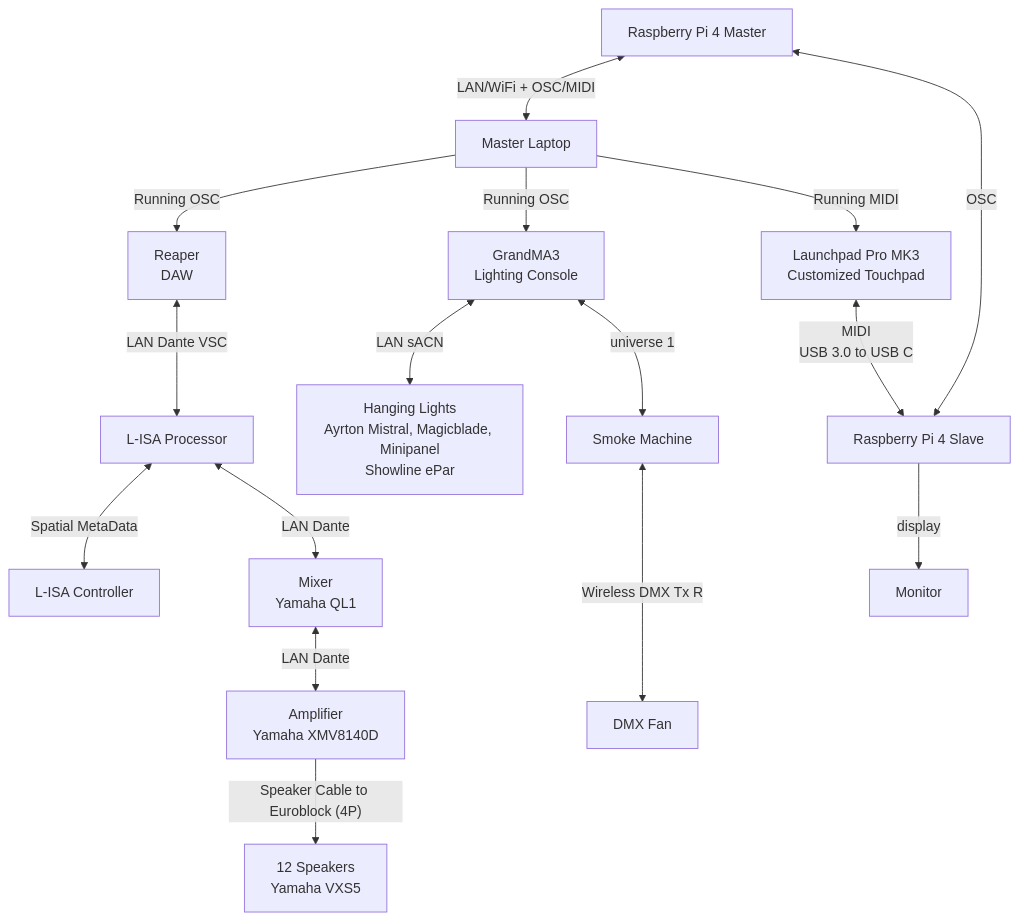
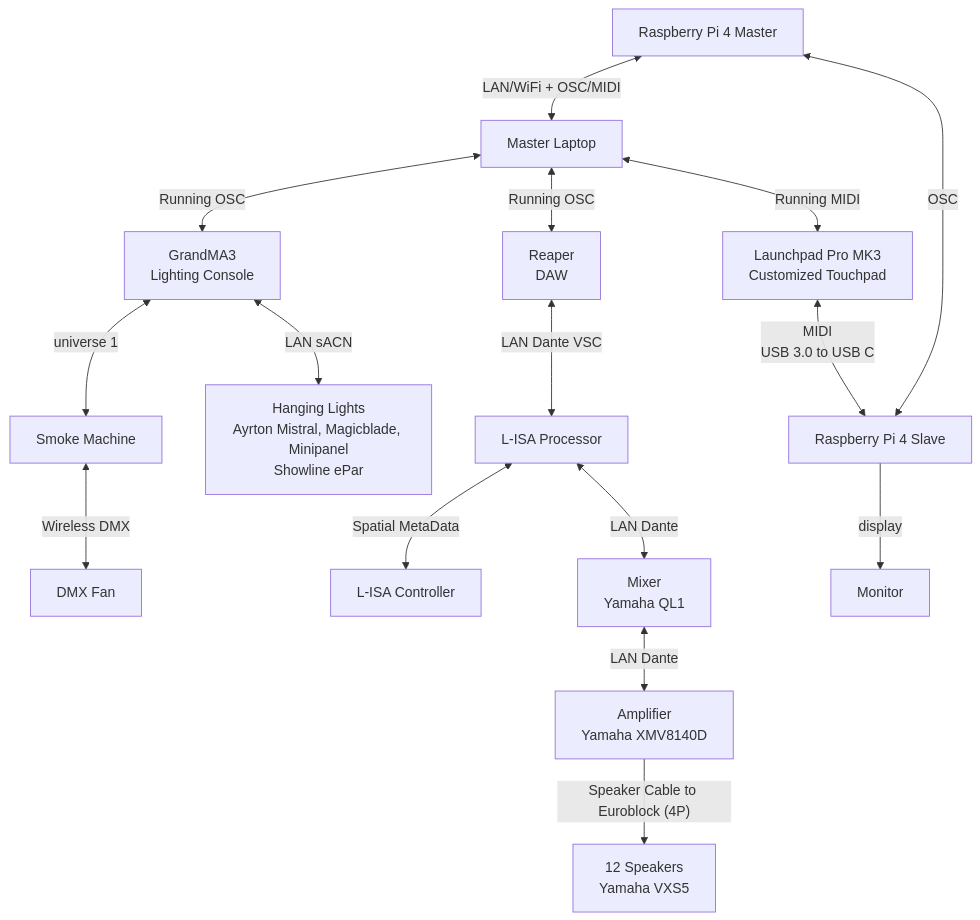
The diagram in Documentation/SystemDiagram.md (uselesskcid/EGL314-Project-S.O.N.I.C-Team-C-), drawn with Mermaid before and after one commit.

````diff
--- a/Documentation/SystemDiagram.md
+++ b/Documentation/SystemDiagram.md
@@ -2,24 +2,24 @@
 ```mermaid
 graph TD
 A[Raspberry Pi 4 Master] <--LAN/WiFi + OSC/MIDI --> B[Master Laptop]
 
-B --Running OSC--> C[Reaper DAW]
-B --Running OSC--> D[GrandMA3<br>Lighting Console]
-B --Running MIDI--> K[Launchpad Pro MK3<br>Customized Touchpad]
+B <--Running OSC--> C[Reaper DAW]
+B <--Running OSC--> D[GrandMA3<br>Lighting Console]
+B <--Running MIDI--> K[Launchpad Pro MK3<br>Customized Touchpad]
 
 
 C[Reaper<br>DAW] <--LAN Dante VSC --> F[L-ISA Processor]
 
 D <--LAN sACN--> E[Hanging Lights<br>Ayrton Mistral, Magicblade, Minipanel<br>Showline ePar]
 D <--universe 1--> M[Smoke Machine]
-M <--Wireless DMX Tx Rx--> N[DMX Fan]
+M <--Wireless DMX--> N[DMX Fan]
 
 F <--Spatial MetaData--> G[L-ISA Controller]
 F <--LAN Dante--> H[Mixer<br>Yamaha QL1]
 H <--LAN Dante--> I[Amplifier<br>Yamaha XMV8140D]
 I --Speaker Cable to Euroblock (4P)--> J[12 Speakers<br>Yamaha VXS5]
 
 K <--MIDI<br>USB 3.0 to USB C--> L[Raspberry Pi 4 Slave]
 L --display--> O[Monitor]
 L <--OSC--> A 
 ```
````
